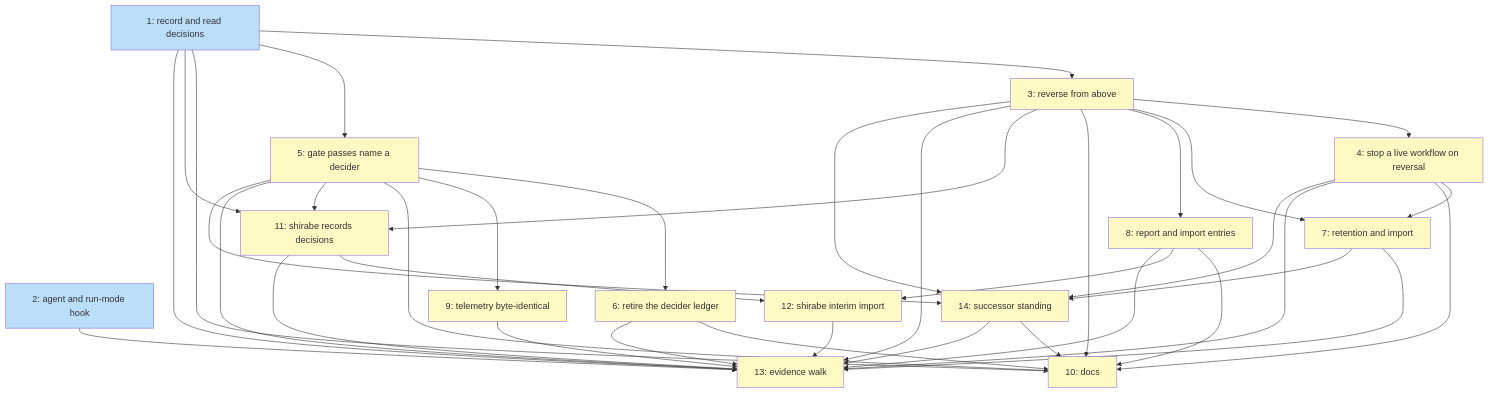
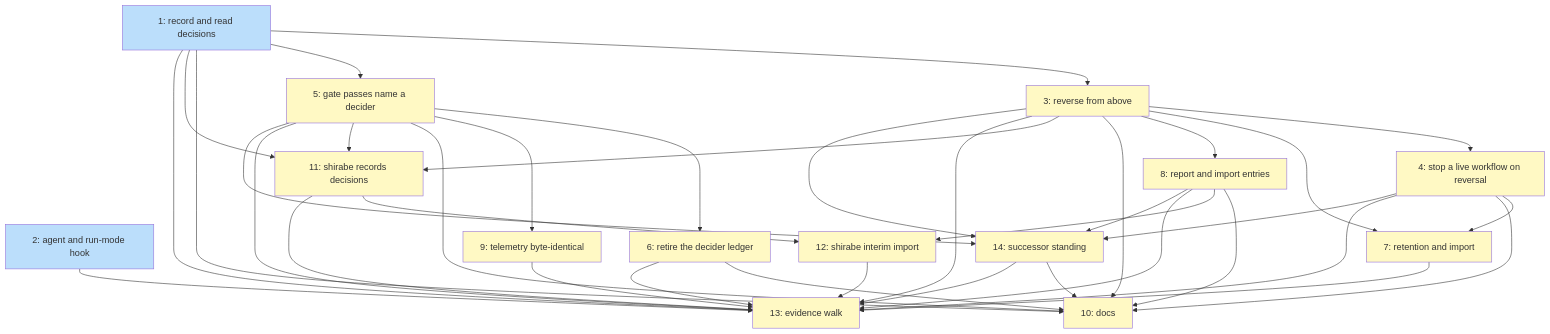
Before and after one commit to tsukumogami/koto: the diagram in docs/plans/PLAN-decision-record.md, drawn with Mermaid. The commit also changed other lines of this file, not shown here.

````diff
--- a/docs/plans/PLAN-decision-record.md
+++ b/docs/plans/PLAN-decision-record.md
@@ -336,61 +336,61 @@
 ```mermaid
 graph TD
     I1["1: record and read decisions"]
     I2["2: agent and run-mode hook"]
     I3["3: reverse from above"]
     I4["4: stop a live workflow on reversal"]
     I5["5: gate passes name a decider"]
     I6["6: retire the decider ledger"]
     I7["7: retention and import"]
     I8["8: report and import entries"]
     I9["9: telemetry byte-identical"]
     I10["10: docs"]
     I11["11: shirabe records decisions"]
     I12["12: shirabe interim import"]
     I13["13: evidence walk"]
     I14["14: successor standing"]
 
     I1 --> I3
     I1 --> I5
     I3 --> I4
     I3 --> I7
     I4 --> I7
     I3 --> I8
     I5 --> I6
     I5 --> I9
     I1 --> I10
     I3 --> I10
     I4 --> I10
     I5 --> I10
     I6 --> I10
     I8 --> I10
     I1 --> I11
     I3 --> I11
     I5 --> I11
     I8 --> I12
     I11 --> I12
     I1 --> I13
     I2 --> I13
     I3 --> I13
     I4 --> I13
     I5 --> I13
     I6 --> I13
     I7 --> I13
     I8 --> I13
     I9 --> I13
     I11 --> I13
     I12 --> I13
     I3 --> I14
     I4 --> I14
     I5 --> I14
-    I7 --> I14
+    I8 --> I14
     I14 --> I10
     I14 --> I13
 
     classDef done fill:#c8e6c9
     classDef ready fill:#bbdefb
     classDef blocked fill:#fff9c4
 
     class I1,I2 ready
     class I3,I4,I5,I6,I7,I8,I9,I10,I11,I12,I13,I14 blocked
 ```
````
